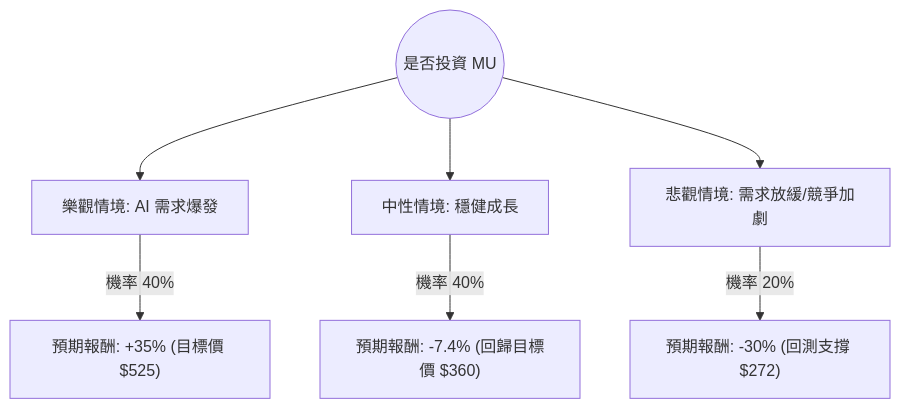
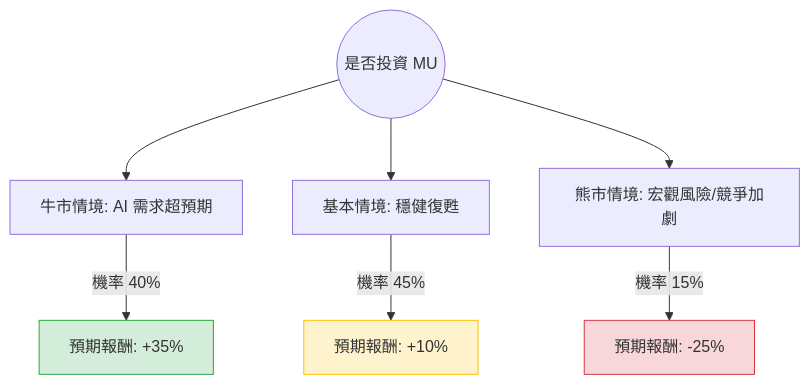
Before and after one commit to zmcx16/zmcx16.github.io: the diagram in plugin-react/ai-analysis/ev-analysis/MU.md, drawn with Mermaid. The commit also changed other lines of this file and 76 other files, not shown here.

````diff
--- a/plugin-react/ai-analysis/ev-analysis/MU.md
+++ b/plugin-react/ai-analysis/ev-analysis/MU.md
@@ -19,10 +19,14 @@
 ```mermaid
 graph TD
-    Start((是否投資 MU)) --> Bull[樂觀情境: AI 需求爆發]
-    Start --> Base[中性情境: 穩健成長]
-    Start --> Bear[悲觀情境: 需求放緩/競爭加劇]
+    Start((是否投資 MU)) --> Bull[牛市情境: AI 需求超預期]
+    Start --> Base[基本情境: 穩健復甦]
+    Start --> Bear[熊市情境: 宏觀風險/競爭加劇]
 
-    Bull -- "機率 40%" --> BullResult["預期報酬: +35% (目標價 $525)"]
-    Base -- "機率 40%" --> BaseResult["預期報酬: -7.4% (回歸目標價 $360)"]
-    Bear -- "機率 20%" --> BearResult["預期報酬: -30% (回測支撐 $272)"]
+    Bull -- "機率 40%" --> Bull_Val[預期報酬: +35%]
+    Base -- "機率 45%" --> Base_Val[預期報酬: +10%]
+    Bear -- "機率 15%" --> Bear_Val[預期報酬: -25%]
+
+    style Bull_Val fill:#d4edda,stroke:#28a745
+    style Base_Val fill:#fff3cd,stroke:#ffc107
+    style Bear_Val fill:#f8d7da,stroke:#dc3545
 ```
````
